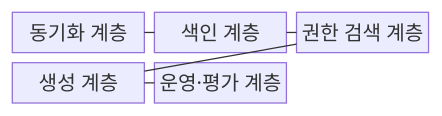
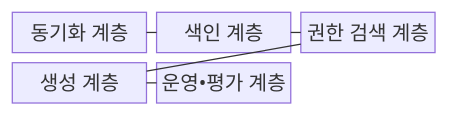
Before and after one commit to agnusdei1207/knowledge-base: the first of 2 diagrams in src/content/docs/notes/08-latest-tech/084_enterprise_rag.md, drawn with Mermaid. The commit also changed other lines of this file and 953 other files, not shown here.

````diff
--- a/src/content/docs/notes/08-latest-tech/084_enterprise_rag.md
+++ b/src/content/docs/notes/08-latest-tech/084_enterprise_rag.md
@@ -66,13 +66,13 @@
 ```mermaid
 block-beta
     columns 3
     C["동기화 계층"]
     I["색인 계층"]
     R["권한 검색 계층"]
     G["생성 계층"]
-    O["운영·평가 계층"]
+    O["운영•평가 계층"]
     C --- I
     I --- R
     R --- G
     G --- O
 ```
````
